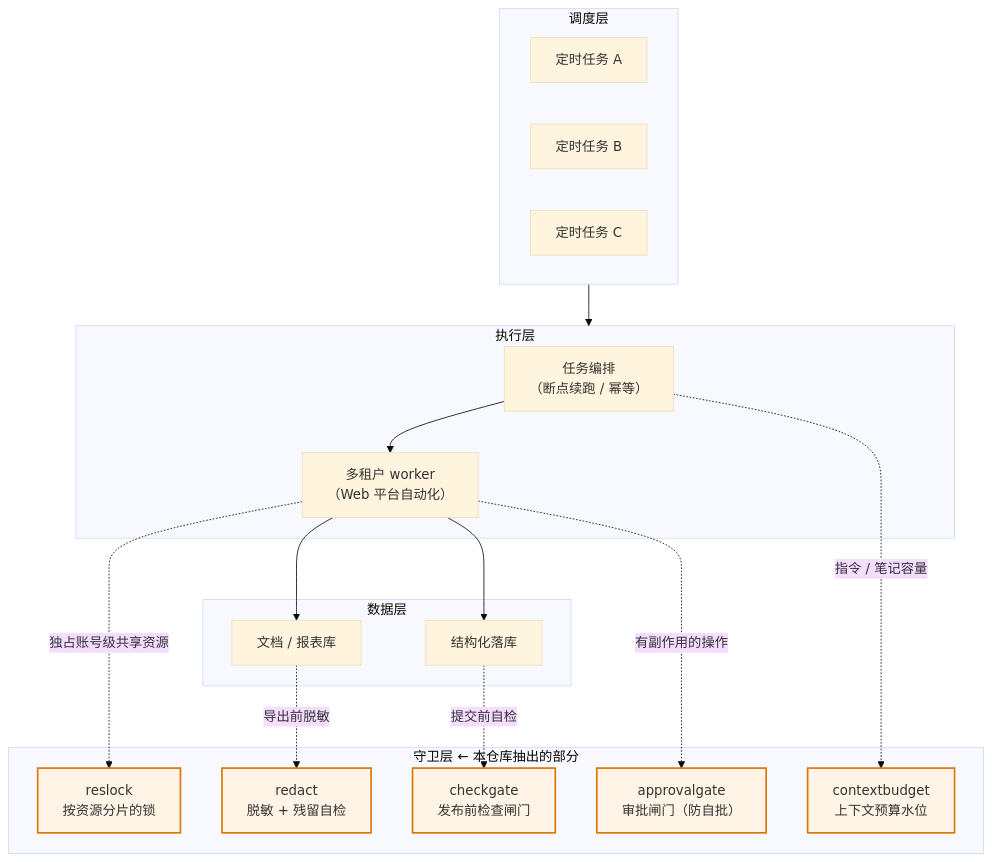
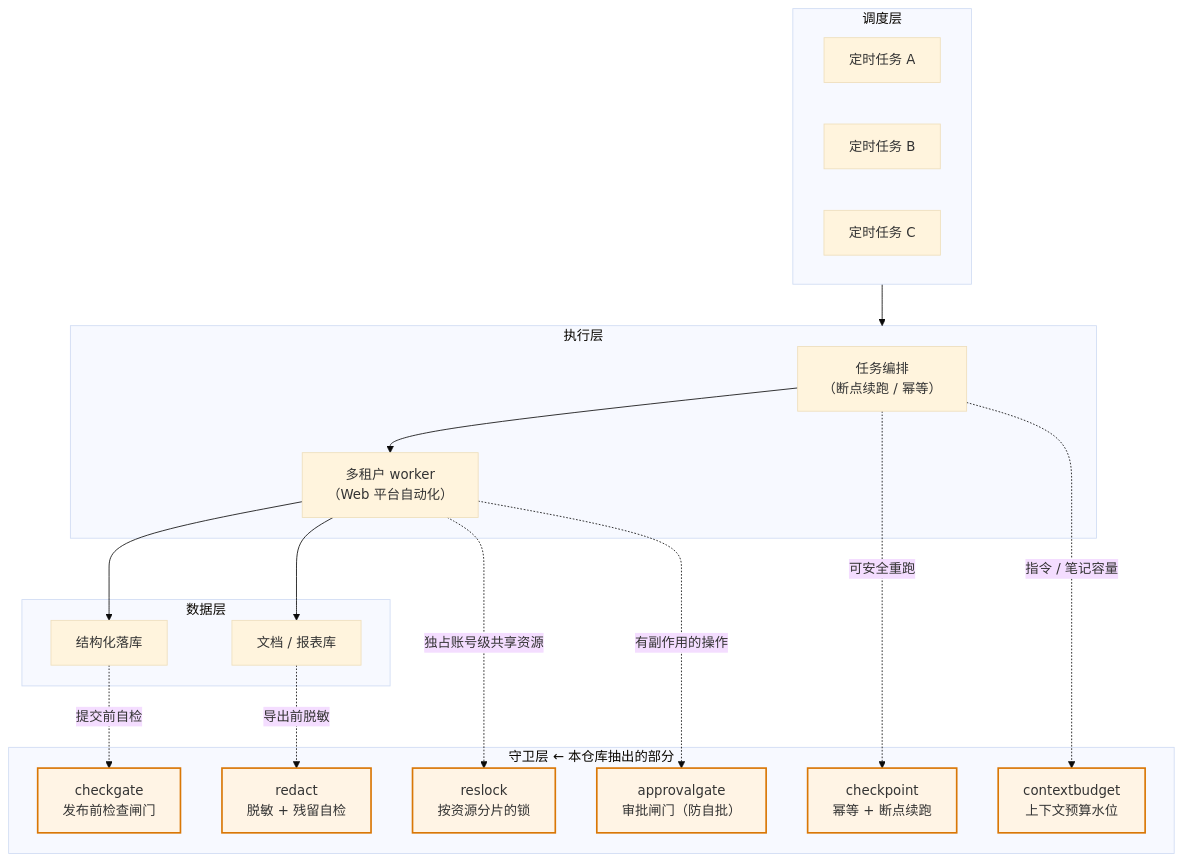
One commit to lq755467102-art/raising-a-zero-agent changed the first of 3 diagrams in docs/architecture.md. Above: the diagram before and after it, drawn with Mermaid (base theme). The commit also changed other lines of this file and 8 other files, not shown here.

````diff
--- a/docs/architecture.md
+++ b/docs/architecture.md
@@ -19,41 +22,43 @@
 ```mermaid
 flowchart TB
     subgraph SCHED["调度层"]
         direction LR
         T1["定时任务 A"]
         T2["定时任务 B"]
         T3["定时任务 C"]
     end
 
     subgraph EXEC["执行层"]
         ORCH["任务编排<br/>（断点续跑 / 幂等）"]
         WORK["多租户 worker<br/>（Web 平台自动化）"]
     end
 
     subgraph GUARD["守卫层 ← 本仓库抽出的部分"]
         LOCK["reslock<br/>按资源分片的锁"]
+        CHK["checkpoint<br/>幂等 + 断点续跑"]
         RED["redact<br/>脱敏 + 残留自检"]
         GATE["checkgate<br/>发布前检查闸门"]
         APPR["approvalgate<br/>审批闸门（防自批）"]
         BUDG["contextbudget<br/>上下文预算水位"]
     end
 
     subgraph DATA["数据层"]
         DB["结构化落库"]
         DOC["文档 / 报表库"]
     end
 
     SCHED --> EXEC
     ORCH --> WORK
     WORK --> DB
     WORK --> DOC
 
     WORK -. "独占账号级共享资源" .-> LOCK
+    ORCH -. "可安全重跑" .-> CHK
     DOC -. "导出前脱敏" .-> RED
     DB -. "提交前自检" .-> GATE
     WORK -. "有副作用的操作" .-> APPR
     ORCH -. "指令 / 笔记容量" .-> BUDG
 
     classDef guard fill:#fff4e5,stroke:#d97706,stroke-width:2px;
-    class LOCK,RED,GATE,APPR,BUDG guard;
+    class LOCK,CHK,RED,GATE,APPR,BUDG guard;
 ```
````
